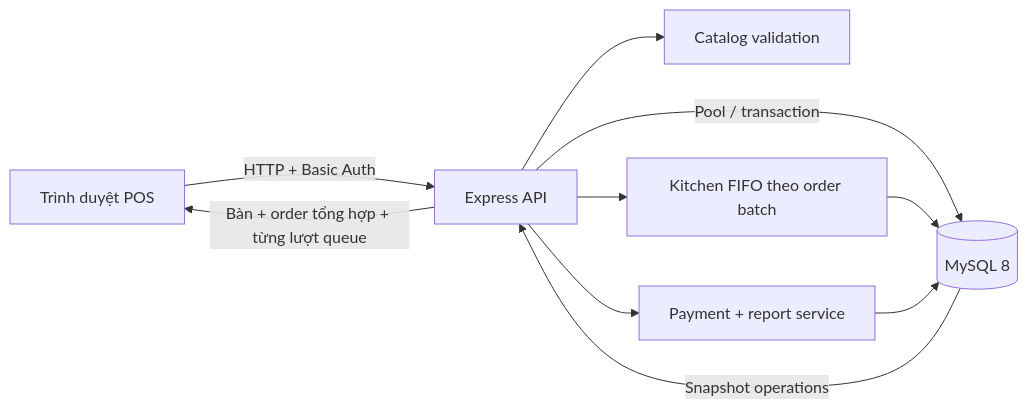
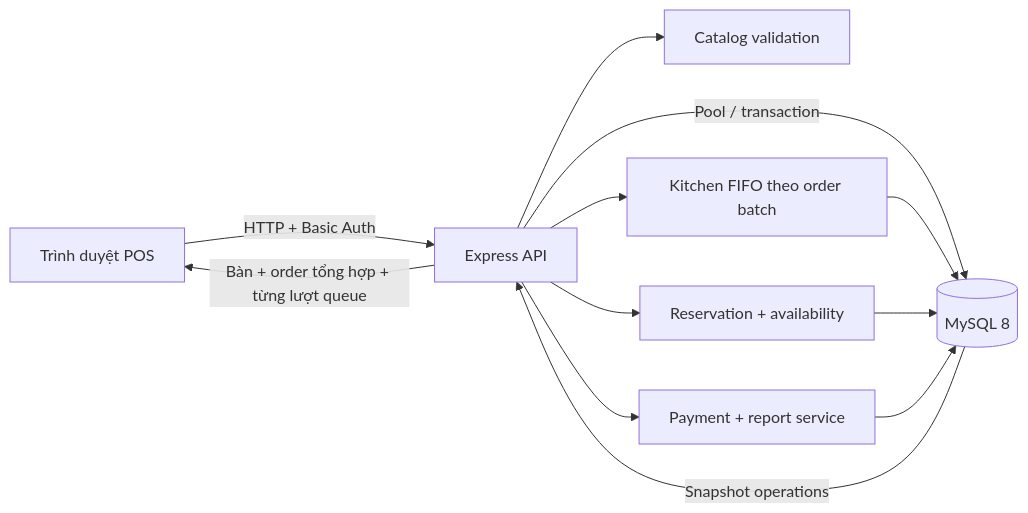
Before and after one commit to Bao0807/Restaurant_CASv2: the first of 2 diagrams in README.md, drawn with Mermaid. The commit also changed other lines of this file and 42 other files, not shown here.

````diff
--- a/README.md
+++ b/README.md
@@ -96,12 +108,14 @@
 ```mermaid
 flowchart LR
   U[Trình duyệt POS] -->|HTTP + Basic Auth| A[Express API]
   A -->|Pool / transaction| D[(MySQL 8)]
   A --> C[Catalog validation]
   A --> Q[Kitchen FIFO theo order batch]
+  A --> R[Reservation + availability]
   A --> P[Payment + report service]
   Q --> D
+  R --> D
   P --> D
   D -->|Snapshot operations| A
   A -->|Bàn + order tổng hợp + từng lượt queue| U
 ```
````
